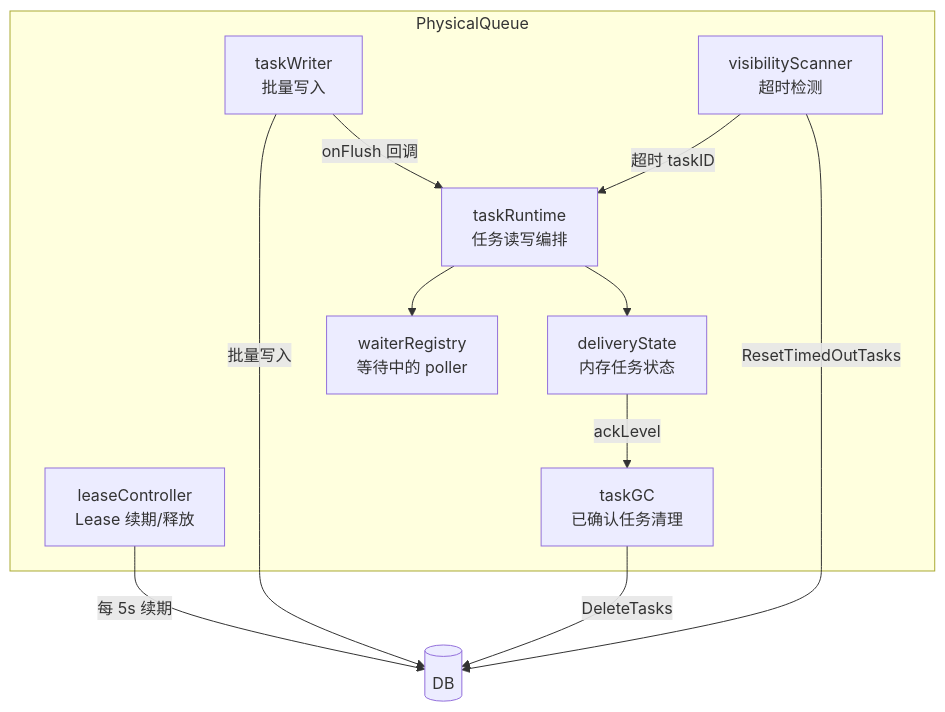
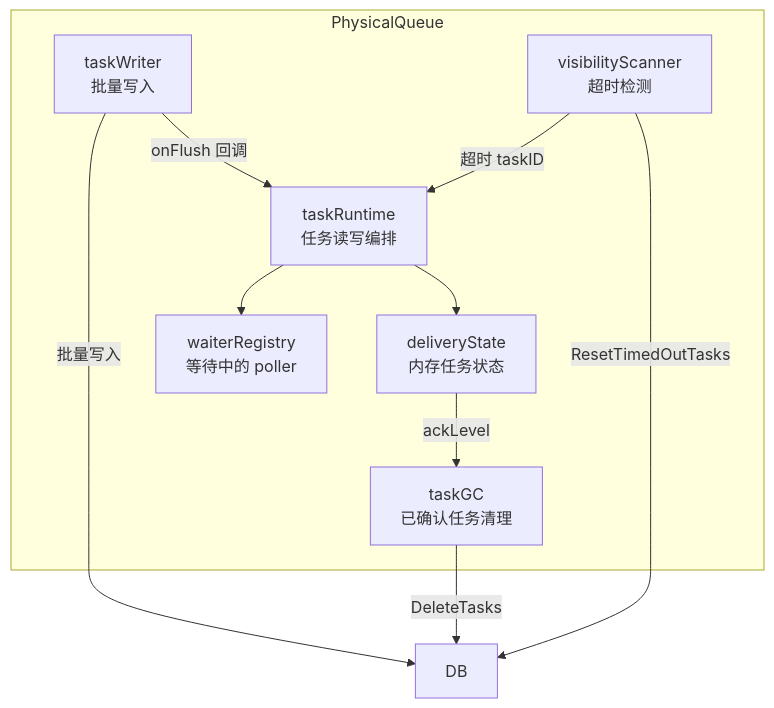
The second of 9 diagrams in README.md (donutnomad/taskq), drawn with Mermaid before and after one commit. The commit also changed other lines of this file and 19 other files, not shown here.

First line of the commit message:
refactor: replace `leaseController` with `partitionHandle` for improved partition management and modularity

````diff
--- a/README.md
+++ b/README.md
@@ -92,22 +96,20 @@
 ```mermaid
 graph TB
     subgraph PhysicalQueue
         W[taskWriter<br/>批量写入]
         RT[taskRuntime<br/>任务读写编排]
         DS[deliveryState<br/>内存任务状态]
         WR[waiterRegistry<br/>等待中的 poller]
         GC[taskGC<br/>已确认任务清理]
         VS[visibilityScanner<br/>超时检测]
-        LC[leaseController<br/>Lease 续期/释放]
     end
 
     W -->|onFlush 回调| RT
     RT --> DS
     RT --> WR
     DS -->|ackLevel| GC
     VS -->|超时 taskID| RT
-    LC -->|每 5s 续期| DB[(DB)]
     W -->|批量写入| DB
     GC -->|DeleteTasks| DB
     VS -->|ResetTimedOutTasks| DB
 ```
````
